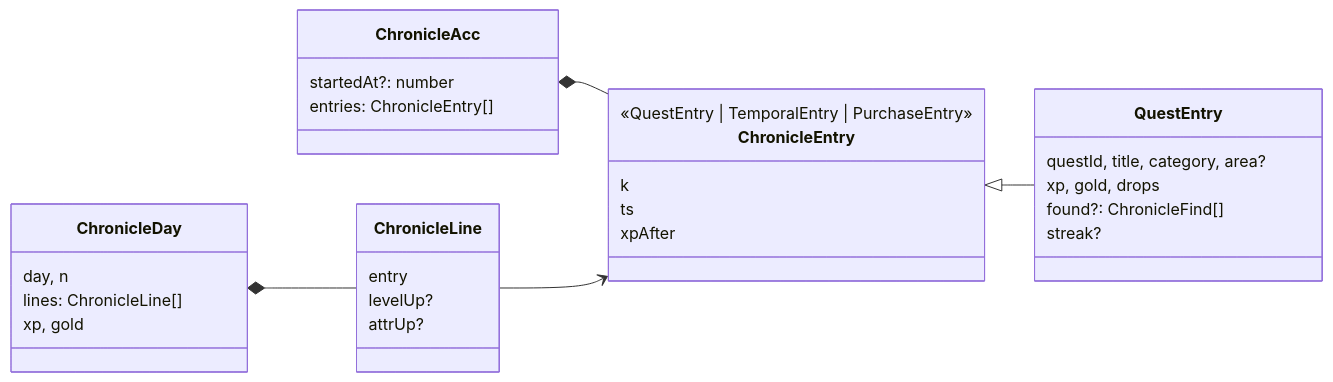
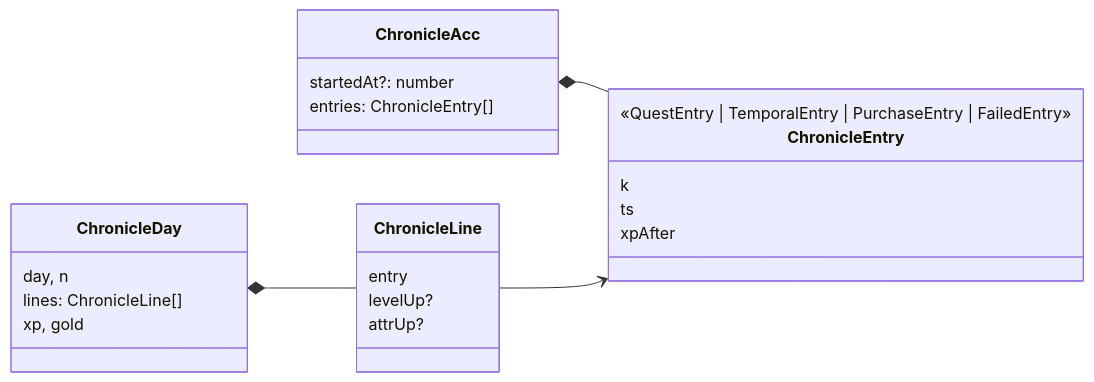
The diagram in src/features/chronicle/README.md (Carlos-Requena/Quest_Tareas), drawn with Mermaid before and after one commit. The commit also changed other lines of this file and 134 other files, not shown here.

````diff
--- a/src/features/chronicle/README.md
+++ b/src/features/chronicle/README.md
@@ -52,34 +49,27 @@
 ```mermaid
 classDiagram
     direction LR
     class ChronicleAcc {
         startedAt?: number
         entries: ChronicleEntry[]
     }
     class ChronicleEntry {
-        <<QuestEntry | TemporalEntry | PurchaseEntry>>
+        <<QuestEntry | TemporalEntry | PurchaseEntry | FailedEntry>>
         k
         ts
         xpAfter
-    }
-    class QuestEntry {
-        questId, title, category, area?
-        xp, gold, drops
-        found?: ChronicleFind[]
-        streak?
     }
     class ChronicleDay {
         day, n
         lines: ChronicleLine[]
         xp, gold
     }
     class ChronicleLine {
         entry
         levelUp?
         attrUp?
     }
     ChronicleAcc *-- ChronicleEntry
-    ChronicleEntry <|-- QuestEntry
     ChronicleDay *-- ChronicleLine
     ChronicleLine --> ChronicleEntry
 ```
````
